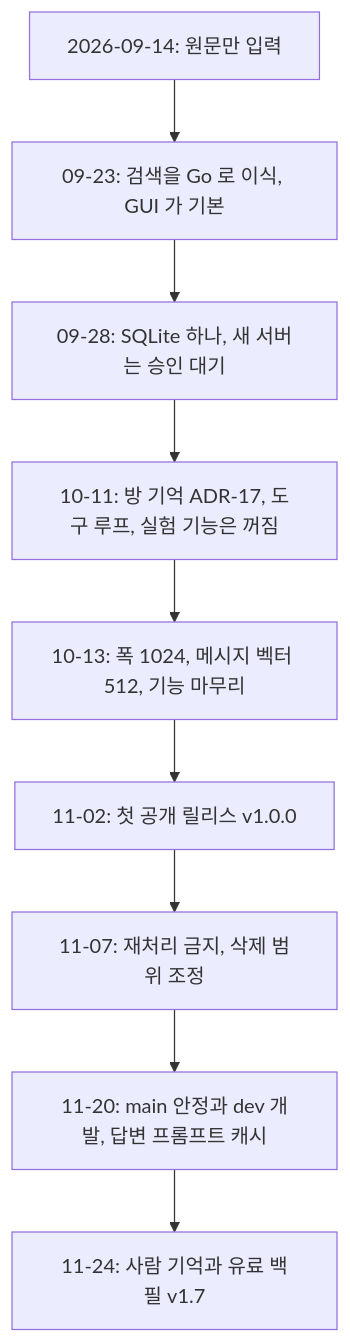
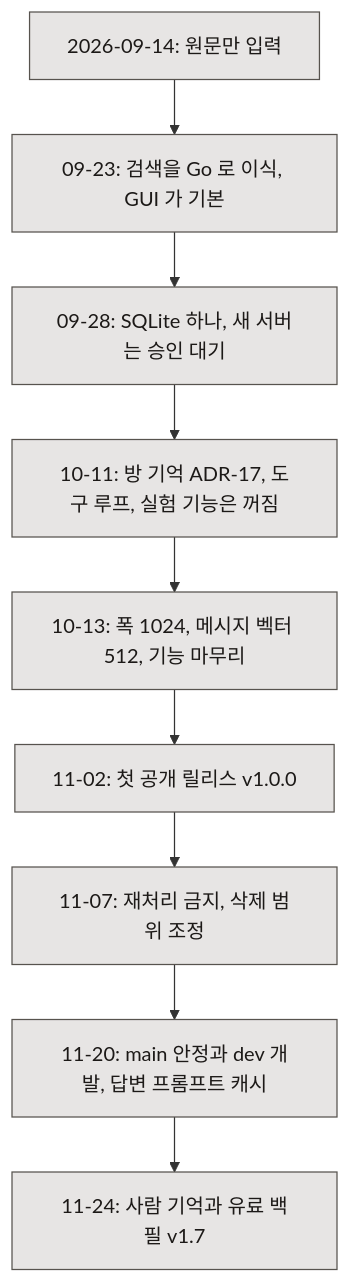
One commit to kim0040/masamong2 changed the diagram in docs/architecture/decisions.md. Above: the diagram before and after it, drawn with Mermaid. The commit also changed 5 other files, not shown here.

Commit message:
docs: the Mermaid diagrams share one class palette with explicit text colours, run top-down to fit the page, and the sequence diagram is narrower

````diff
--- a/docs/architecture/decisions.md
+++ b/docs/architecture/decisions.md
@@ -18,13 +18,21 @@
 ```mermaid
+%%{init: {"flowchart": {"curve": "basis", "nodeSpacing": 36, "rankSpacing": 44}}}%%
 flowchart TB
   A["2026-09-14: 원문만 입력"]
   B["09-23: 검색을 Go 로 이식, GUI 가 기본"]
   C["09-28: SQLite 하나, 새 서버는 승인 대기"]
   D["10-11: 방 기억 ADR-17, 도구 루프, 실험 기능은 꺼짐"]
   E["10-13: 폭 1024, 메시지 벡터 512, 기능 마무리"]
   F["11-02: 첫 공개 릴리스 v1.0.0"]
   G["11-07: 재처리 금지, 삭제 범위 조정"]
   H["11-20: main 안정과 dev 개발, 답변 프롬프트 캐시"]
   I["11-24: 사람 기억과 유료 백필 v1.7"]
   A --> B --> C --> D --> E --> F --> G --> H --> I
+
+  classDef entry fill:#dbe7ff,stroke:#2563eb,color:#1c1917
+  classDef core fill:#fde3cf,stroke:#d9661a,color:#1c1917
+  classDef memory fill:#dcf3e3,stroke:#15803d,color:#1c1917
+  classDef external fill:#ebe2fd,stroke:#7c3aed,color:#1c1917
+  classDef store fill:#e7e5e4,stroke:#57534e,color:#1c1917
+  class A,B,C,D,E,F,G,H,I store
 ```
````
